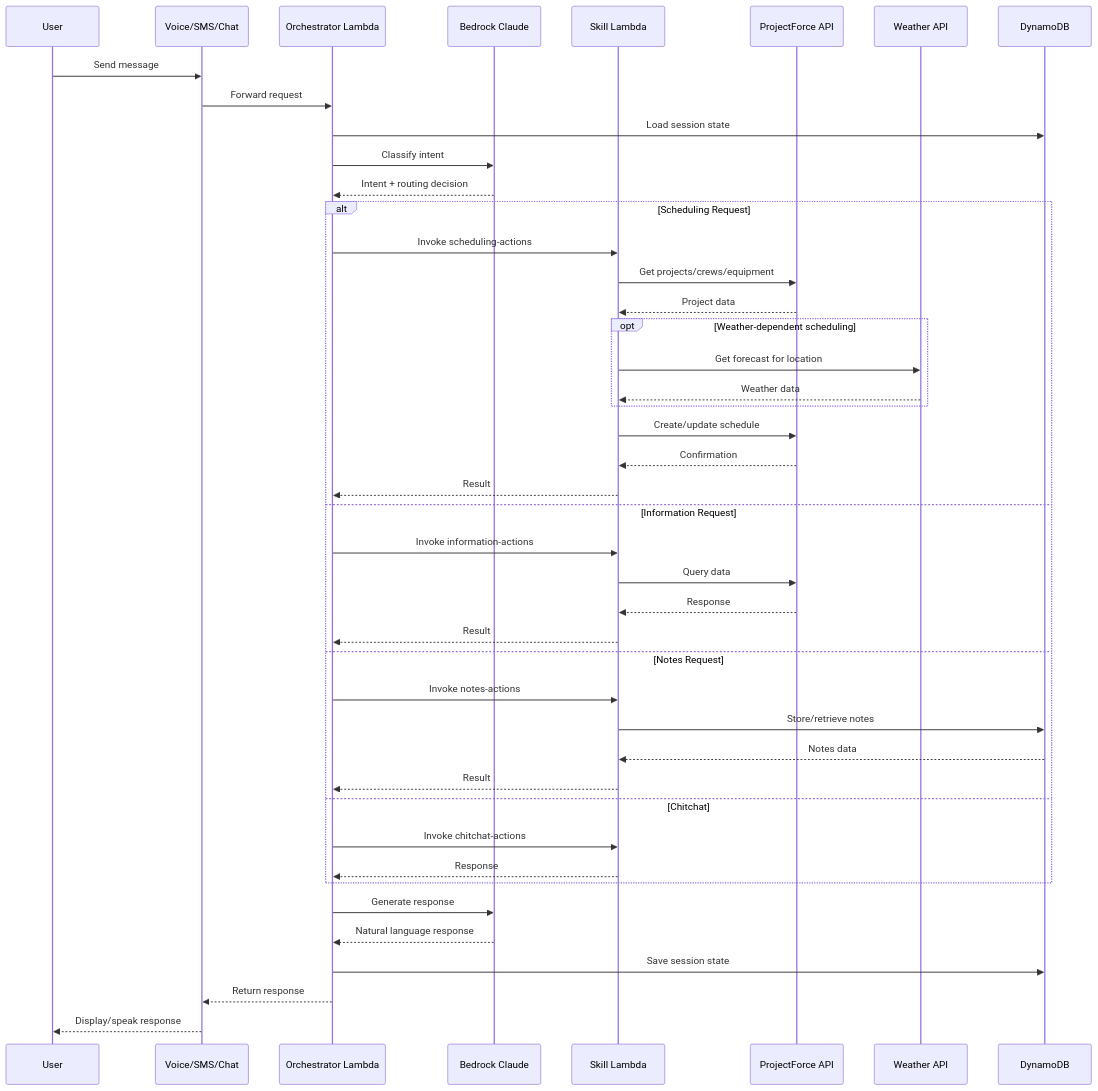
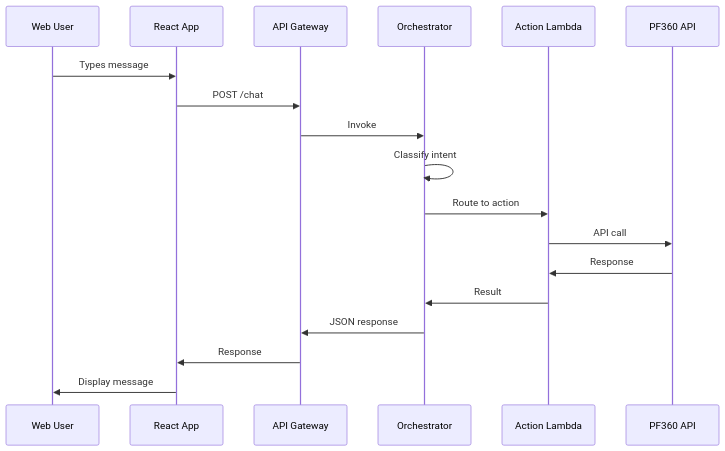
One commit to jjayarajdev/schedulingAgent changed the fourth of 4 diagrams in docs/AWS_RESOURCES_INVENTORY.md. Above: the diagram before and after it, drawn with Mermaid. The commit also changed other lines of this file and 2 other files, not shown here.

First line of the commit message:
Add project_type support, fix projectNumber display, update docs

````diff
--- a/docs/AWS_RESOURCES_INVENTORY.md
+++ b/docs/AWS_RESOURCES_INVENTORY.md
@@ -338,52 +517,21 @@
 ```mermaid
 sequenceDiagram
-    participant User
-    participant Channel as Voice/SMS/Chat
-    participant Orch as Orchestrator Lambda
-    participant Bedrock as Bedrock Claude
-    participant Skill as Skill Lambda
-    participant PF as ProjectForce API
-    participant Weather as Weather API
-    participant DB as DynamoDB
+    participant User as Web User
+    participant React as React App
+    participant APIGw as API Gateway
+    participant Orch as Orchestrator
+    participant Action as Action Lambda
+    participant PF as PF360 API
 
-    User->>Channel: Send message
-    Channel->>Orch: Forward request
-
-    Orch->>DB: Load session state
-    Orch->>Bedrock: Classify intent
-    Bedrock-->>Orch: Intent + routing decision
-
-    alt Scheduling Request
-        Orch->>Skill: Invoke scheduling-actions
-        Skill->>PF: Get projects/crews/equipment
-        PF-->>Skill: Project data
-
-        opt Weather-dependent scheduling
-            Skill->>Weather: Get forecast for location
-            Weather-->>Skill: Weather data
-        end
-
-        Skill->>PF: Create/update schedule
-        PF-->>Skill: Confirmation
-        Skill-->>Orch: Result
-    else Information Request
-        Orch->>Skill: Invoke information-actions
-        Skill->>PF: Query data
-        PF-->>Skill: Response
-        Skill-->>Orch: Result
-    else Notes Request
-        Orch->>Skill: Invoke notes-actions
-        Skill->>DB: Store/retrieve notes
-        DB-->>Skill: Notes data
-        Skill-->>Orch: Result
-    else Chitchat
-        Orch->>Skill: Invoke chitchat-actions
-        Skill-->>Orch: Response
-    end
-
-    Orch->>Bedrock: Generate response
-    Bedrock-->>Orch: Natural language response
-    Orch->>DB: Save session state
-    Orch-->>Channel: Return response
-    Channel-->>User: Display/speak response
+    User->>React: Types message
+    React->>APIGw: POST /chat
+    APIGw->>Orch: Invoke
+    Orch->>Orch: Classify intent
+    Orch->>Action: Route to action
+    Action->>PF: API call
+    PF->>Action: Response
+    Action->>Orch: Result
+    Orch->>APIGw: JSON response
+    APIGw->>React: Response
+    React->>User: Display message
 ```
````
